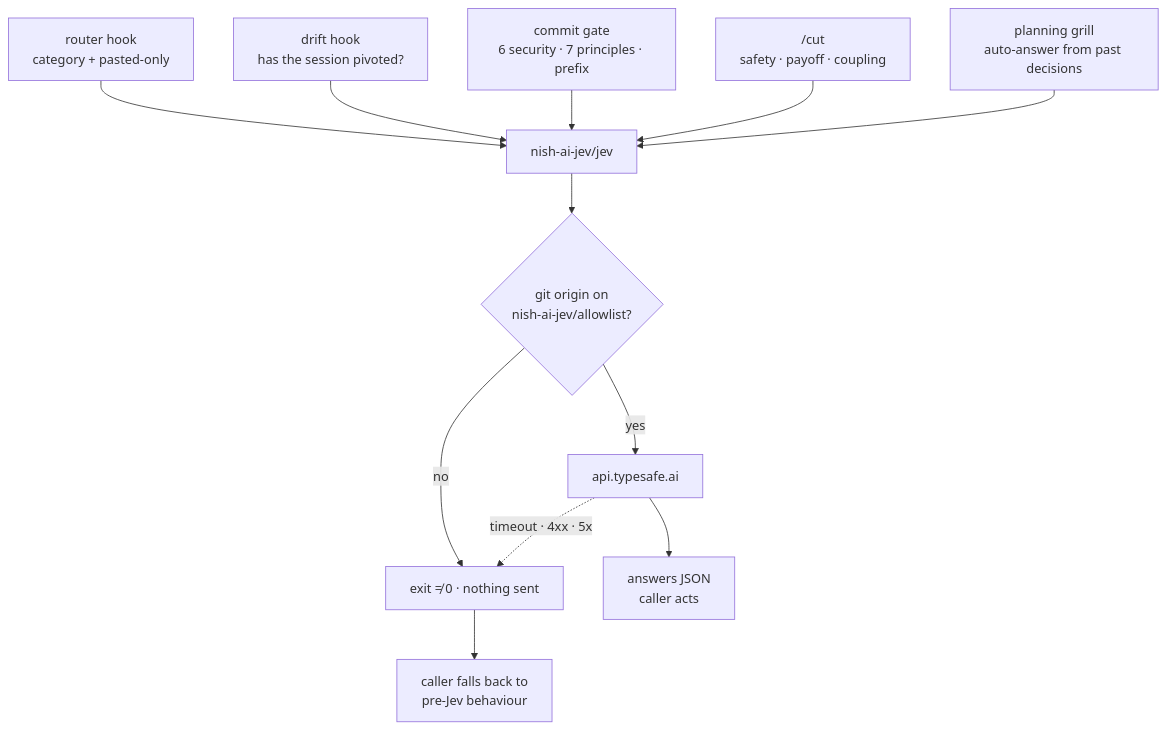
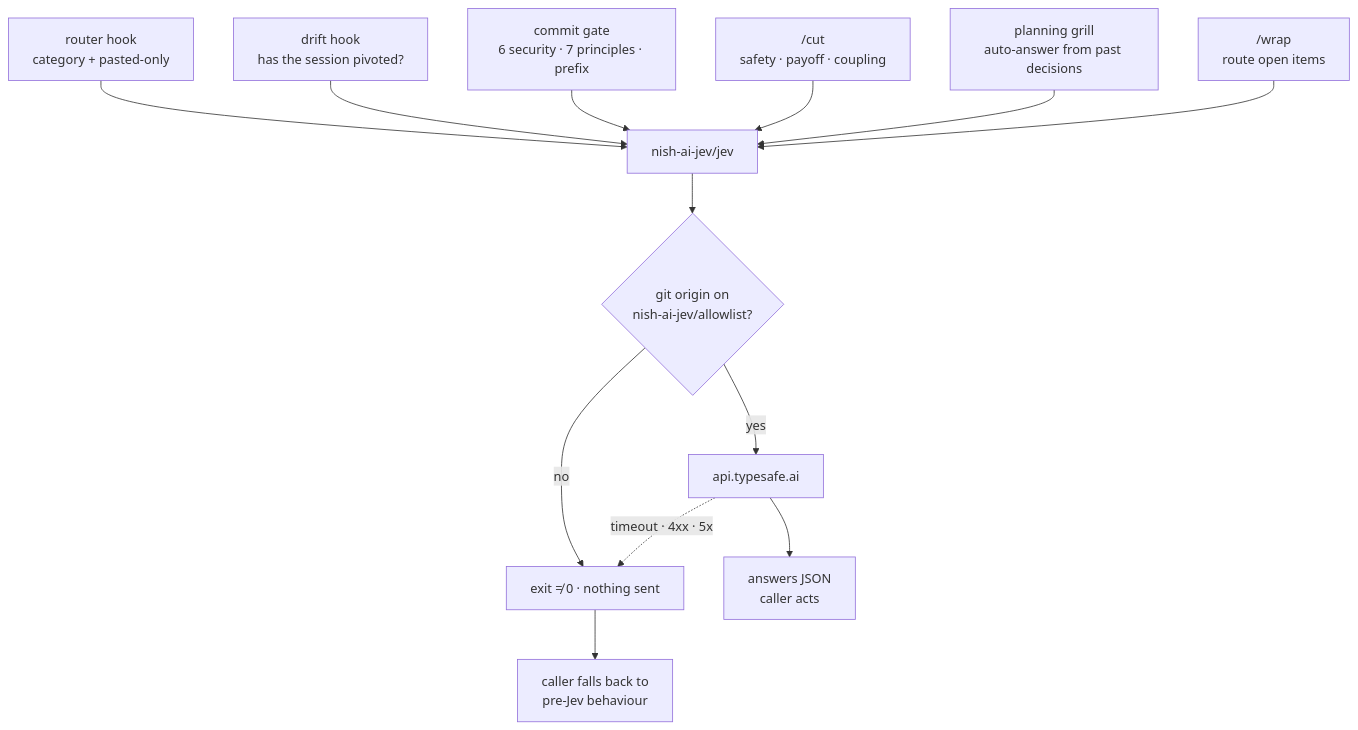
The fourth of 4 diagrams in README.md (ubunish/nish-ai), drawn with Mermaid before and after one commit. The commit also changed other lines of this file and 4 other files, not shown here.

````diff
--- a/README.md
+++ b/README.md
@@ -312,15 +314,16 @@
 ```mermaid
 flowchart TD
     R["router hook<br/>category + pasted-only"] --> J["nish-ai-jev/jev"]
     D["drift hook<br/>has the session pivoted?"] --> J
     G["commit gate<br/>6 security · 7 principles · prefix"] --> J
     C["/cut<br/>safety · payoff · coupling"] --> J
     P["planning grill<br/>auto-answer from past decisions"] --> J
+    W["/wrap<br/>route open items"] --> J
 
     J --> AL{"git origin on<br/>nish-ai-jev/allowlist?"}
     AL -->|no| X["exit ≠ 0 · nothing sent"]
     AL -->|yes| API["api.typesafe.ai"]
     API --> OK["answers JSON<br/>caller acts"]
     API -.timeout · 4xx · 5xx.-> X
     X --> FB["caller falls back to<br/>pre-Jev behaviour"]
 ```
````
